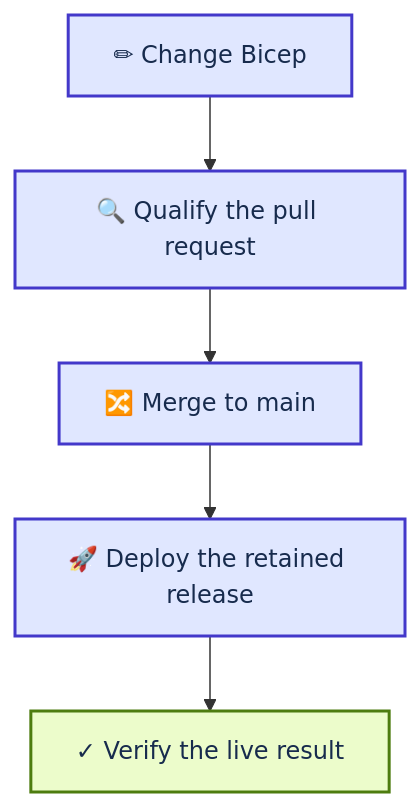
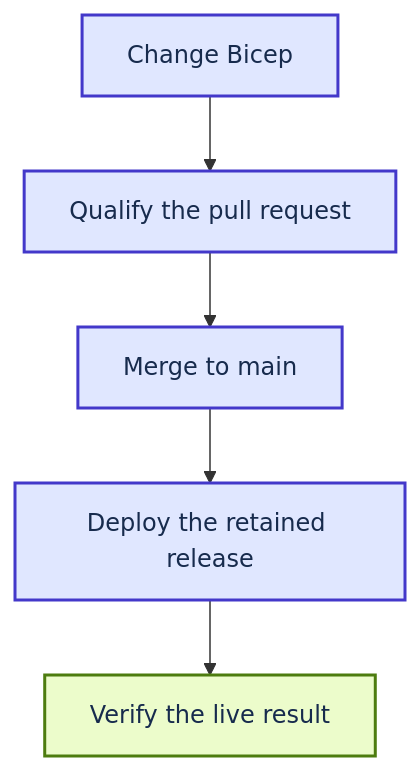
One commit to Acestus/portfolio changed the diagram in site/content/docs/bicep-github-actions-trunk.md. Above: the diagram before and after it, drawn with Mermaid. The commit also changed 46 other files, not shown here.

Commit message:
Remove emoji from diagrams and use Azure SVG icons

````diff
--- a/site/content/docs/bicep-github-actions-trunk.md
+++ b/site/content/docs/bicep-github-actions-trunk.md
@@ -40,13 +40,13 @@
 ```mermaid
 flowchart TD
   accTitle: From Bicep pull request to verified delivery
-  n0["✏ Change Bicep"] --> n1
-  n1["🔍 Qualify the pull request"] --> n2
-  n2["🔀 Merge to main"] --> n3
-  n3["🚀 Deploy the retained release"] --> n4
-  n4["✓ Verify the live result"]
+  n0[" Change Bicep"] --> n1
+  n1[" Qualify the pull request"] --> n2
+  n2[" Merge to main"] --> n3
+  n3[" Deploy the retained release"] --> n4
+  n4[" Verify the live result"]
   classDef process fill:#E0E7FF,stroke:#4338CA,color:#172B4D,stroke-width:2px
   classDef result fill:#ECFCCB,stroke:#4D7C0F,color:#172B4D,stroke-width:2px
   class n0,n1,n2,n3 process
   class n4 result
 ```
````
